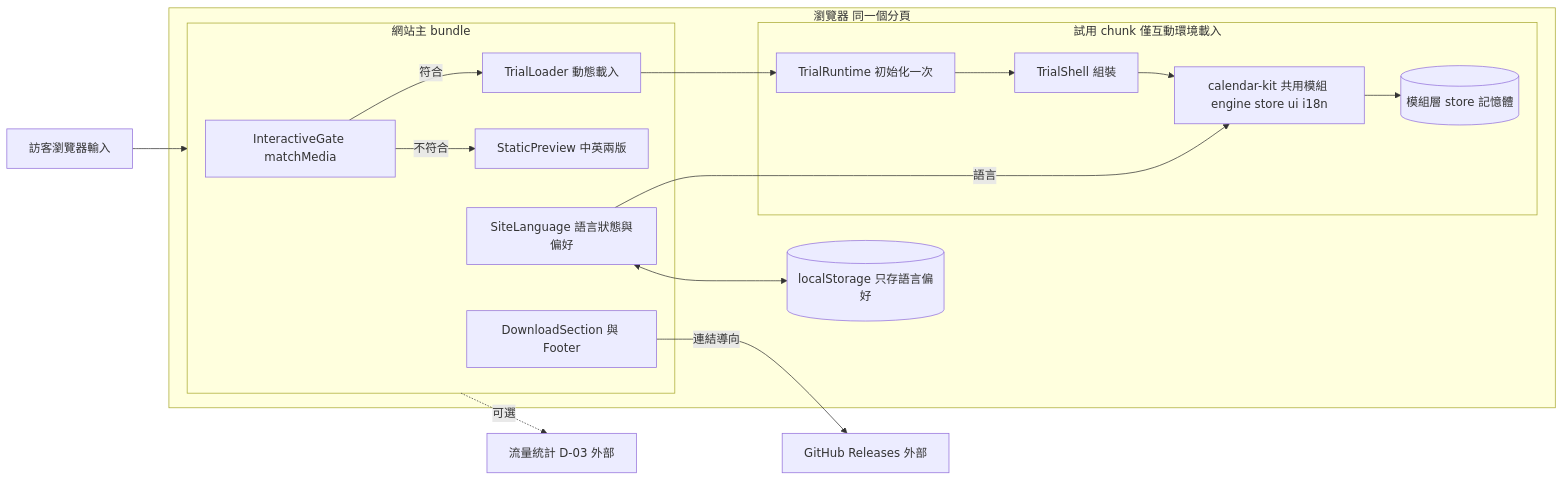
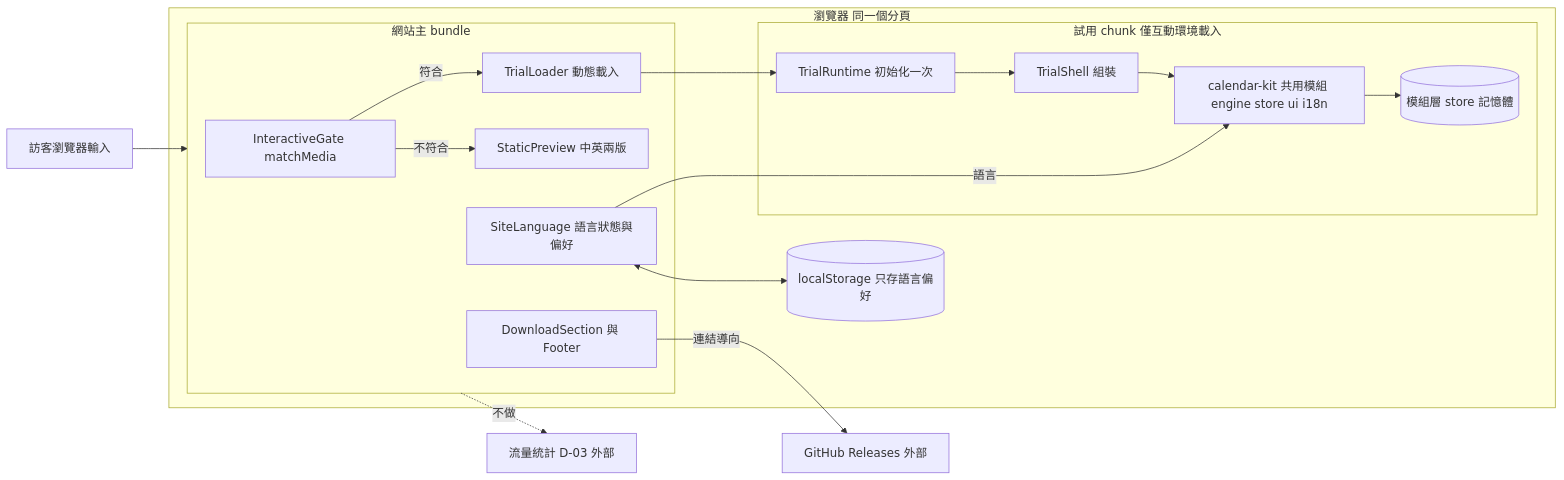
The first of 2 diagrams in docs/04-sad.md (andrewchu0101/juicy-landing-page), drawn with Mermaid before and after one commit. The commit also changed other lines of this file and 10 other files, not shown here.

````diff
--- a/docs/04-sad.md
+++ b/docs/04-sad.md
@@ -27,26 +27,26 @@
 ```mermaid
 flowchart LR
   V[訪客瀏覽器輸入] --> SITE
   subgraph BROWSER[瀏覽器 同一個分頁]
     subgraph SITE[網站主 bundle]
       GATE[InteractiveGate matchMedia]
       LANG[SiteLanguage 語言狀態與偏好]
       PREV[StaticPreview 中英兩版]
       DL[DownloadSection 與 Footer]
       LOADER[TrialLoader 動態載入]
     end
     subgraph TRIAL[試用 chunk 僅互動環境載入]
       RT[TrialRuntime 初始化一次]
       SHELL[TrialShell 組裝]
       KIT[calendar-kit 共用模組 engine store ui i18n]
       MEM[(模組層 store 記憶體)]
     end
     LS[(localStorage 只存語言偏好)]
   end
   GATE -- 符合 --> LOADER --> RT --> SHELL --> KIT --> MEM
   GATE -- 不符合 --> PREV
   LANG <--> LS
   LANG -- 語言 --> KIT
   DL -- 連結導向 --> REL[GitHub Releases 外部]
-  SITE -. 可選 .-> STAT[流量統計 D-03 外部]
+  SITE -. 不做 .-> STAT[流量統計 D-03 外部]
 ```
````
